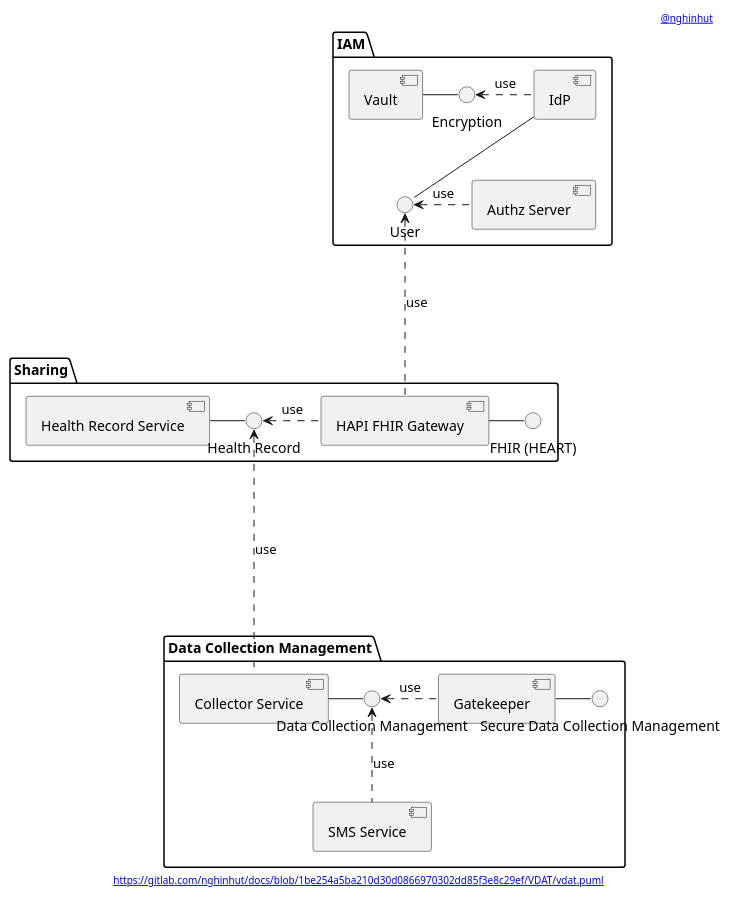
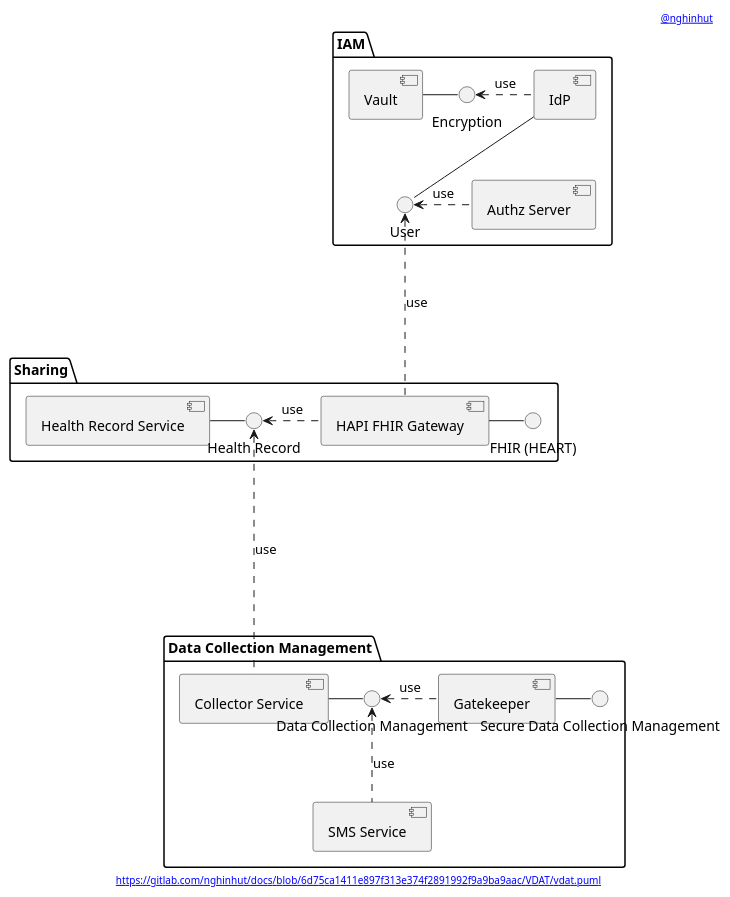
One commit to nghinhut/docs changed the diagram in VDAT/vdat.component.puml. Above: the diagram before and after it, drawn with PlantUML. The commit also changed 23 other files, not shown here.

Commit message:
Update diagrams

```diff
--- a/VDAT/vdat.component.puml
+++ b/VDAT/vdat.component.puml
@@ -1,60 +1,60 @@
 @startuml
 '-----START auto generated metadata please keep comment here to allow auto update-----
 '-----DON'T EDIT THIS SECTION, INSTEAD RE-RUN prebuild.sh TO UPDATE-----
-header [[https://www.nghinhut.dev?from=http%5C%3A%5C%2F%5C%2Fwww%5C.plantuml%5C.com%5C%2Fplantuml%5C%2Fproxy%3Ffmt%3Dsvg%5C%26src%3Dhttps%5C%3A%5C%2F%5C%2Fgitlab%5C.com%5C%2Fnghinhut%5C%2Fdocs%5C%2Fraw%5C%2F1be254a5ba210d30d0866970302dd85f3e8c29ef%5C%2FVDAT%5C%2Fvdat%5C.puml%0A @nghinhut]]
-footer [[http://www.plantuml.com/plantuml/proxy?fmt=svg&src=https://gitlab.com/nghinhut/docs/raw/1be254a5ba210d30d0866970302dd85f3e8c29ef/VDAT/vdat.puml https://gitlab.com/nghinhut/docs/blob/1be254a5ba210d30d0866970302dd85f3e8c29ef/VDAT/vdat.puml]]
+header [[https://www.nghinhut.dev?from=http%5C%3A%5C%2F%5C%2Fwww%5C.plantuml%5C.com%5C%2Fplantuml%5C%2Fproxy%3Ffmt%3Dsvg%5C%26src%3Dhttps%5C%3A%5C%2F%5C%2Fgitlab%5C.com%5C%2Fnghinhut%5C%2Fdocs%5C%2Fraw%5C%2F6d75ca1411e897f313e374f2891992f9a9ba9aac%5C%2FVDAT%5C%2Fvdat%5C.puml%0A @nghinhut]]
+footer [[http://www.plantuml.com/plantuml/proxy?fmt=svg&src=https://gitlab.com/nghinhut/docs/raw/6d75ca1411e897f313e374f2891992f9a9ba9aac/VDAT/vdat.puml https://gitlab.com/nghinhut/docs/blob/6d75ca1411e897f313e374f2891992f9a9ba9aac/VDAT/vdat.puml]]
 '-----END auto generated metadata please keep comment here to allow auto update-----
 
 package "IAM" {
     component "Authz Server" as as
     component Vault as vault
     component IdP as idp
 
 '    interface "OAuth2 Authentication" as IOAuth2Authentication
 '    interface "UMA2 Authorization" as IUMA2Authorization
 '    as -- IOAuth2Authentication
 '    as -- IUMA2Authorization
     interface "Encryption" as IEncrypt
     interface "User" as IUser
 }
 
 package "Sharing" {
     component "Health Record Service" as record
     interface "Health Record" as IHealthRecord
     component "HAPI FHIR Gateway" as fhir
     interface "FHIR (HEART)" as IFHIR
 }
 
 package "Data Collection Management" {
     component "Collector Service" as collector
     component "SMS Service" as sms
     component "Gatekeeper" as collector_gatekeeper
     interface "Data Collection Management" as IDataCollectionManagement
     interface "Secure Data Collection Management" as ISecureDataCollectionManagement
 }
 
 
 
 
 
 
 vault - IEncrypt
 IEncrypt <. idp : use
 idp -- IUser
 IUser <. as : use
 IUser <... fhir : use
 
 
 record - IHealthRecord
 IHealthRecord <. fhir : use
 fhir - IFHIR
 IHealthRecord <.... collector : use
 
 
 collector - IDataCollectionManagement
 IDataCollectionManagement <. collector_gatekeeper : use
 collector_gatekeeper - ISecureDataCollectionManagement
 
 IDataCollectionManagement <.. sms : use
 
 @enduml
```
